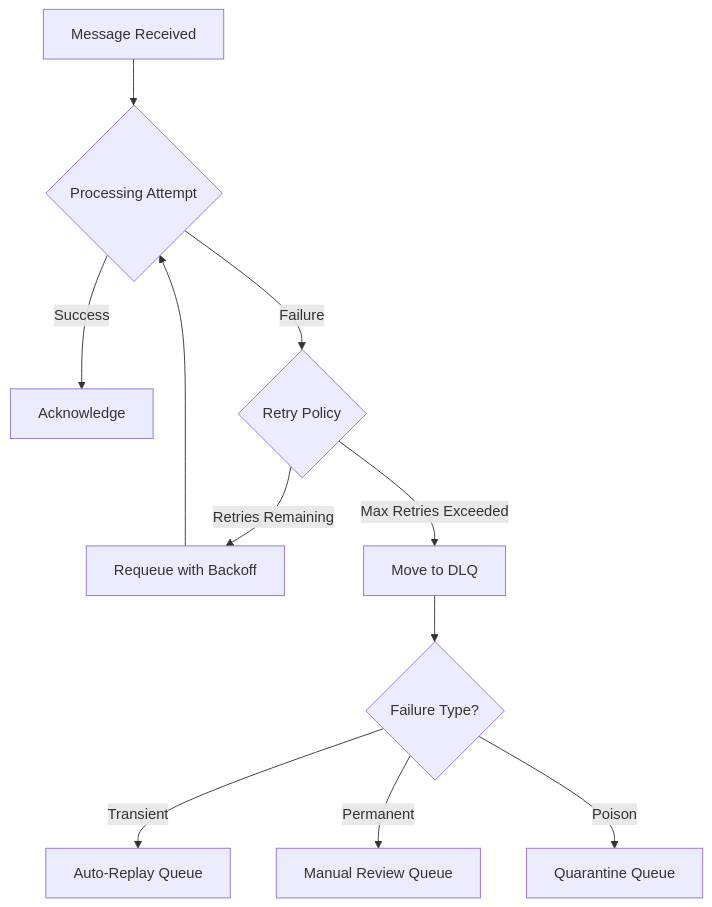
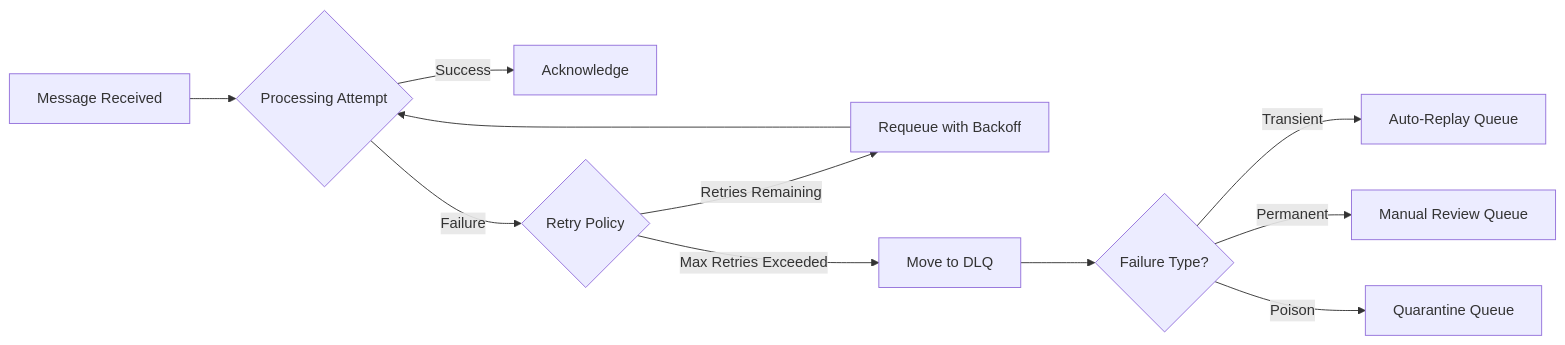
One commit to webstackdev/astro.webstackbuilders.com changed the diagram in src/content/articles/dead-letter-queue-design-replay-debugging/pdf.mdx. Above: the diagram before and after it, drawn with Mermaid. The commit also changed 265 other files, not shown here.

Commit message:
Add screenshots of all Mermaid diagrams to articles

````diff
--- a/src/content/articles/dead-letter-queue-design-replay-debugging/pdf.mdx
+++ b/src/content/articles/dead-letter-queue-design-replay-debugging/pdf.mdx
@@ -67,16 +67,16 @@
 ```mermaid
-flowchart TD
+flowchart LR
     A[Message Received] --> B{Processing Attempt}
     B -->|Success| C[Acknowledge]
     B -->|Failure| D{Retry Policy}
 
     D -->|Retries Remaining| E[Requeue with Backoff]
     E --> B
 
     D -->|Max Retries Exceeded| F[Move to DLQ]
 
     F --> G{Failure Type?}
     G -->|Transient| H[Auto-Replay Queue]
     G -->|Permanent| I[Manual Review Queue]
     G -->|Poison| J[Quarantine Queue]
 ```
````
